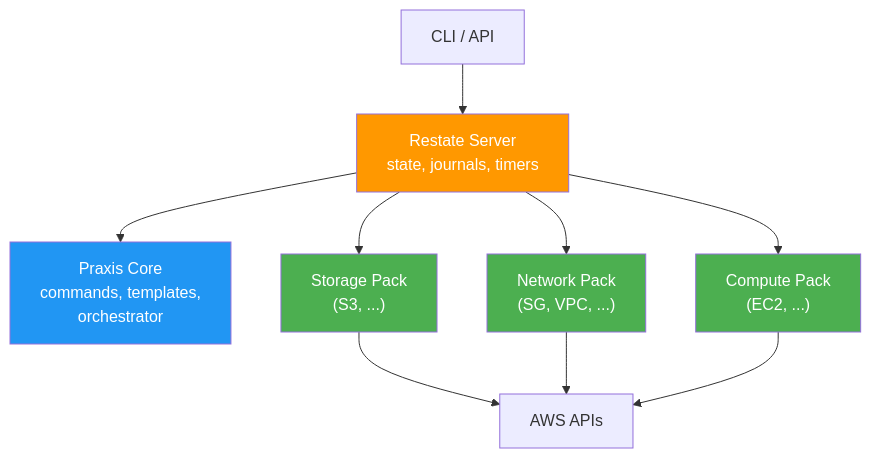
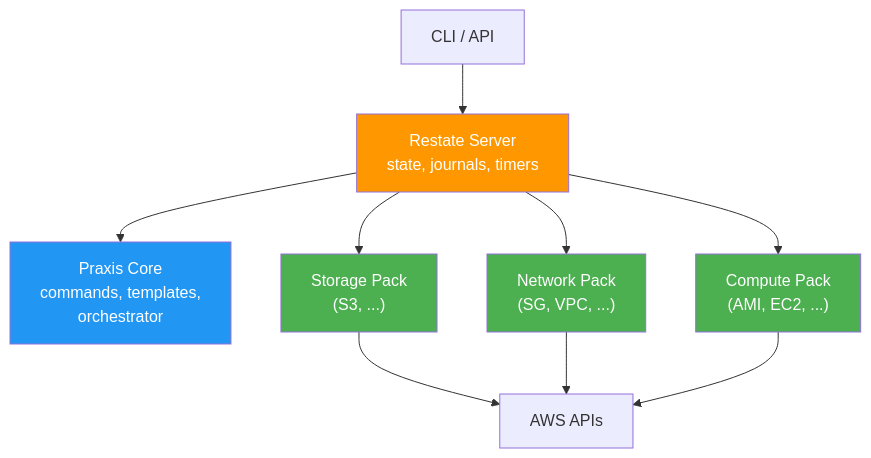
The first of 3 diagrams in docs/OPERATORS.md (shirvan/praxis), drawn with Mermaid before and after one commit. The commit also changed 22 other files, not shown here.

````diff
--- a/docs/OPERATORS.md
+++ b/docs/OPERATORS.md
@@ -9,19 +9,19 @@
 ```mermaid
 graph TD
     CLI["CLI / API"] --> RS["Restate Server<br/>state, journals, timers"]
 
     RS --> Core["Praxis Core<br/>commands, templates,<br/>orchestrator"]
     RS --> SP["Storage Pack<br/>(S3, ...)"]
     RS --> NP["Network Pack<br/>(SG, VPC, ...)"]
-    RS --> CP["Compute Pack<br/>(EC2, ...)"]
+    RS --> CP["Compute Pack<br/>(AMI, EC2, ...)"]
 
     SP --> AWS["AWS APIs"]
     NP --> AWS
     CP --> AWS
 
     style RS fill:#FF9800,color:#fff
     style Core fill:#2196F3,color:#fff
     style SP fill:#4CAF50,color:#fff
     style NP fill:#4CAF50,color:#fff
     style CP fill:#4CAF50,color:#fff
 ```
````
